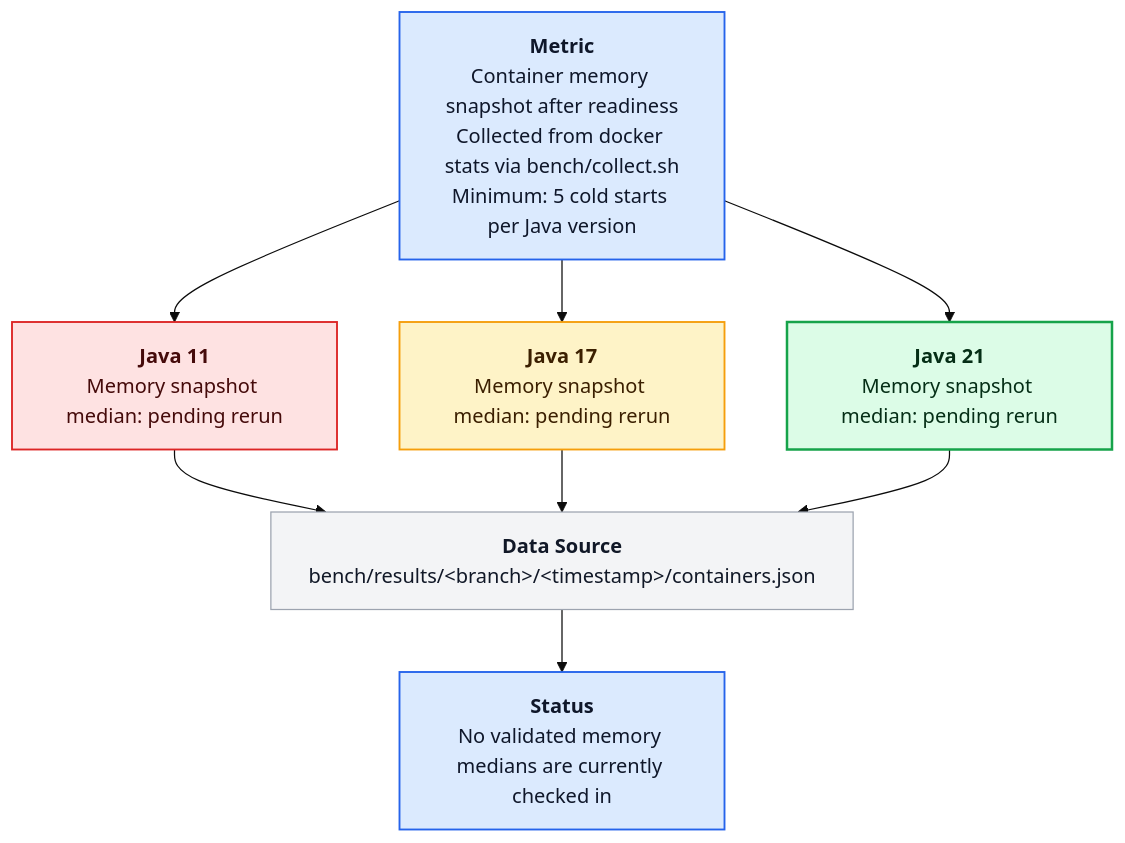
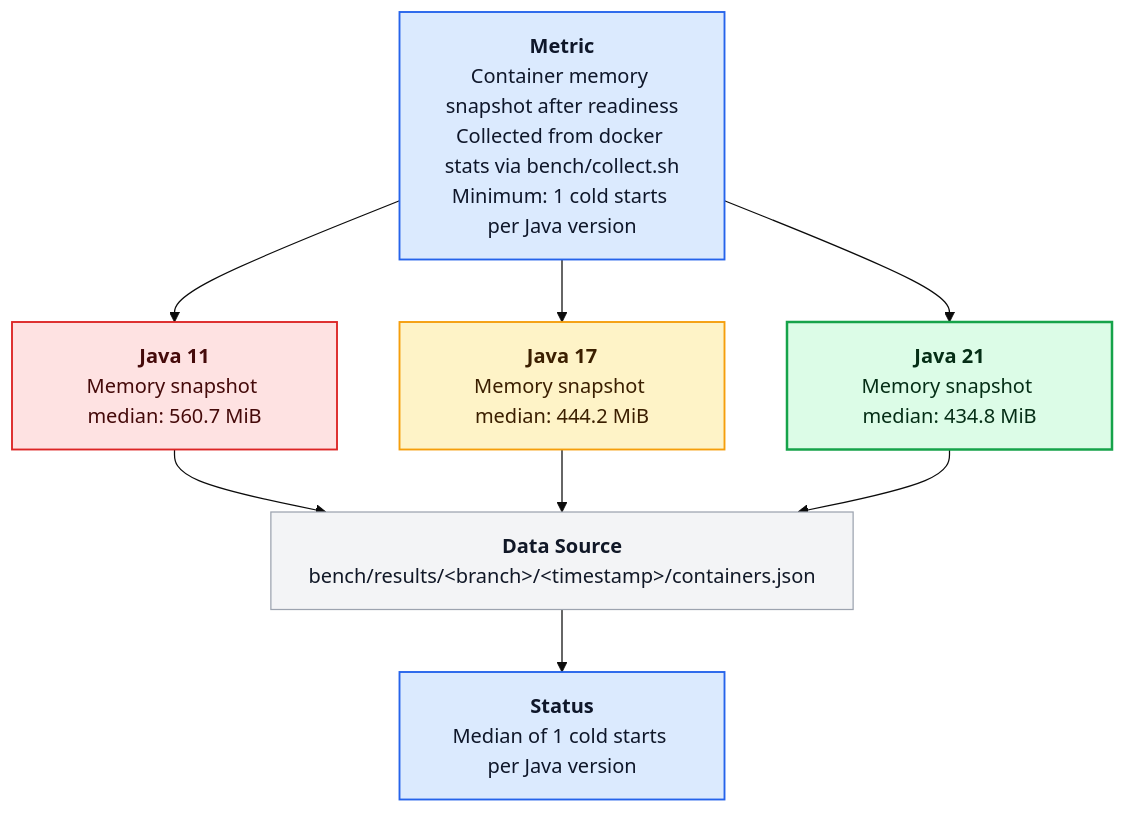
Before and after one commit to SaschaMoellering/acmecorp-platform: the diagram in docs/episodes/episode-07/assets/diagrams/E07-D02-memory-footprint-comparison.md, drawn with Mermaid (base theme). The commit also changed 11 other files, not shown here.

````diff
--- a/docs/episodes/episode-07/assets/diagrams/E07-D02-memory-footprint-comparison.md
+++ b/docs/episodes/episode-07/assets/diagrams/E07-D02-memory-footprint-comparison.md
@@ -1,27 +1,27 @@
 ```mermaid
 flowchart TB
 
 %% === AcmeCorp Diagram Style Standard ===
 classDef java11 fill:#FEE2E2,stroke:#DC2626,stroke-width:1.5px,color:#450A0A;
 classDef java17 fill:#FEF3C7,stroke:#F59E0B,stroke-width:1.5px,color:#3B1F00;
 classDef java21 fill:#DCFCE7,stroke:#16A34A,stroke-width:2px,color:#052E16;
 classDef metric fill:#DBEAFE,stroke:#2563EB,stroke-width:1.5px,color:#0F172A;
 classDef component fill:#F3F4F6,stroke:#9CA3AF,stroke-width:1px,color:#111827;
 
-Method["<b>Metric</b><br/>Container memory snapshot after readiness<br/>Collected from docker stats via bench/collect.sh<br/>Minimum: 5 cold starts per Java version"]:::metric
+Method["<b>Metric</b><br/>Container memory snapshot after readiness<br/>Collected from docker stats via bench/collect.sh<br/>Minimum: 1 cold starts per Java version"]:::metric
 
-J11["<b>Java 11</b><br/>Memory snapshot median: pending rerun"]:::java11
-J17["<b>Java 17</b><br/>Memory snapshot median: pending rerun"]:::java17
-J21["<b>Java 21</b><br/>Memory snapshot median: pending rerun"]:::java21
+J11["<b>Java 11</b><br/>Memory snapshot median: 560.7 MiB"]:::java11
+J17["<b>Java 17</b><br/>Memory snapshot median: 444.2 MiB"]:::java17
+J21["<b>Java 21</b><br/>Memory snapshot median: 434.8 MiB"]:::java21
 
 Data["<b>Data Source</b><br/>bench/results/&lt;branch&gt;/&lt;timestamp&gt;/containers.json"]:::component
-Status["<b>Status</b><br/>No validated memory medians are currently checked in"]:::metric
+Status["<b>Status</b><br/>Median of 1 cold starts per Java version"]:::metric
 
 Method --> J11
 Method --> J17
 Method --> J21
 J11 --> Data
 J17 --> Data
 J21 --> Data
 Data --> Status
 ```
````
